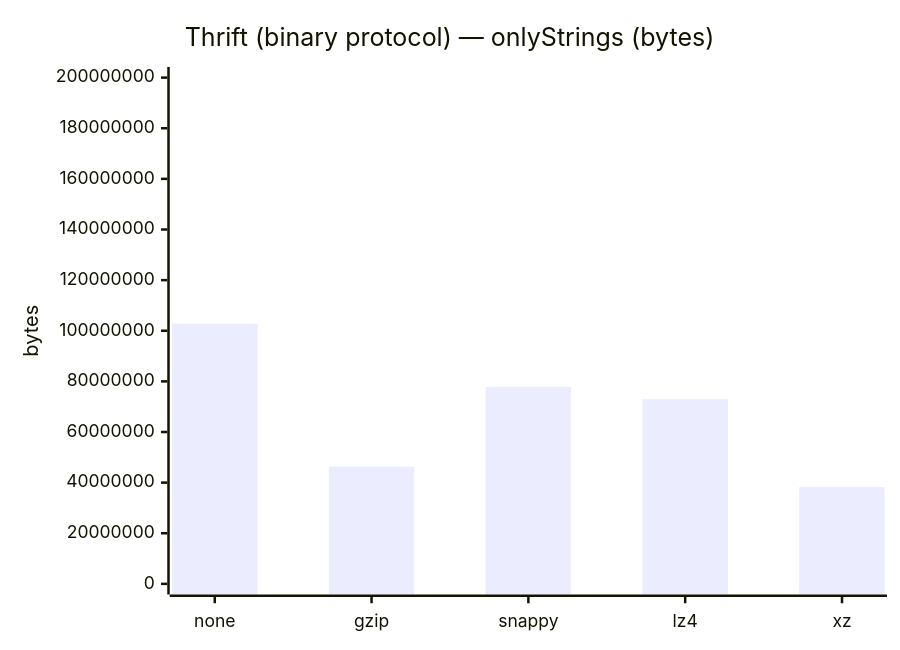
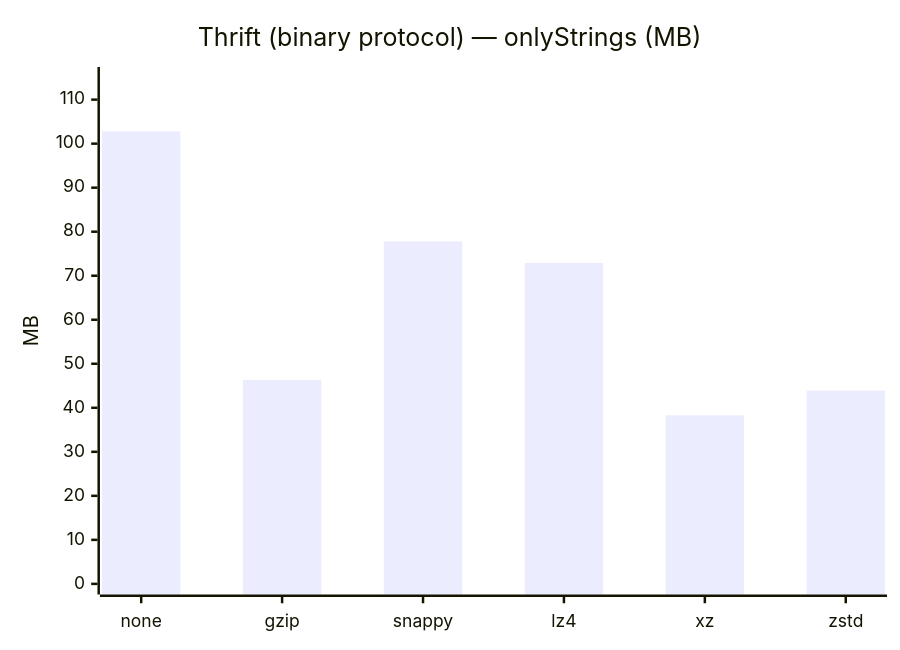
Before and after one commit to nryanov/SerializationBenchmark: diagram 12 of 33 in results/2026/file-sizes.md, drawn with Mermaid. The commit also changed other lines of this file, not shown here.

Commit message:
doc: update file size charts

````diff
--- a/results/2026/file-sizes.md
+++ b/results/2026/file-sizes.md
@@ -161,8 +161,8 @@
 ```mermaid
-%%{init: {"config": {"xyChart": {"width": 525, "height": 360}}}}%%
+%%{init: {"config": {"xyChart": {"width": 610, "height": 360}}}}%%
 xychart-beta
-    title "Thrift (binary protocol) — onlyStrings (bytes)"
-    x-axis ["none", "gzip", "snappy", "lz4", "xz"]
-    y-axis "bytes" 0 --> 200000000
-    bar [102800000, 46339274, 77798386, 72930488, 38288884]
+    title "Thrift (binary protocol) — onlyStrings (MB)"
+    x-axis ["none", "gzip", "snappy", "lz4", "xz", "zstd"]
+    y-axis "MB" 0 --> 115
+    bar [102.8, 46.34, 77.8, 72.93, 38.29, 43.91]
 ```
````
